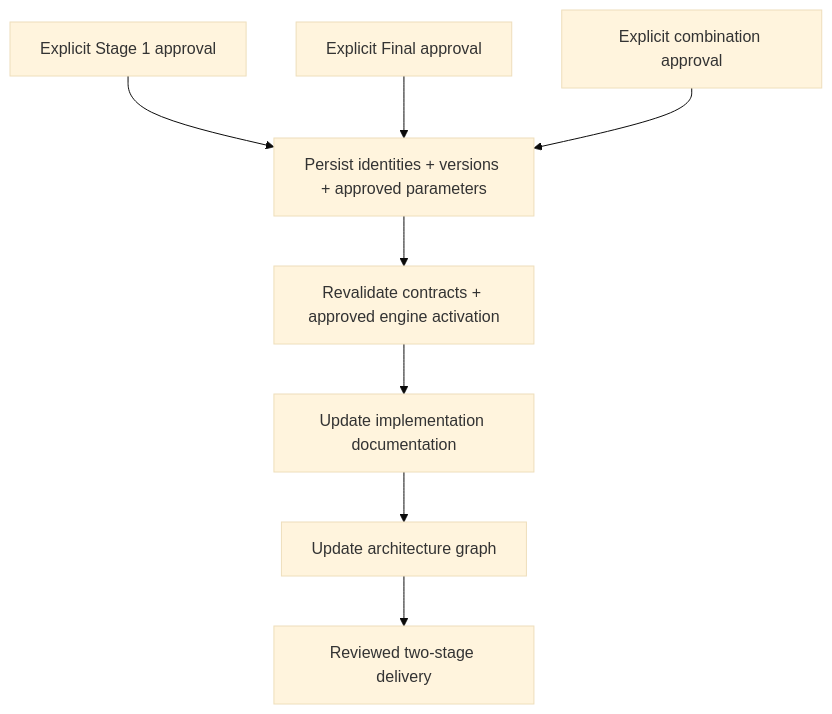
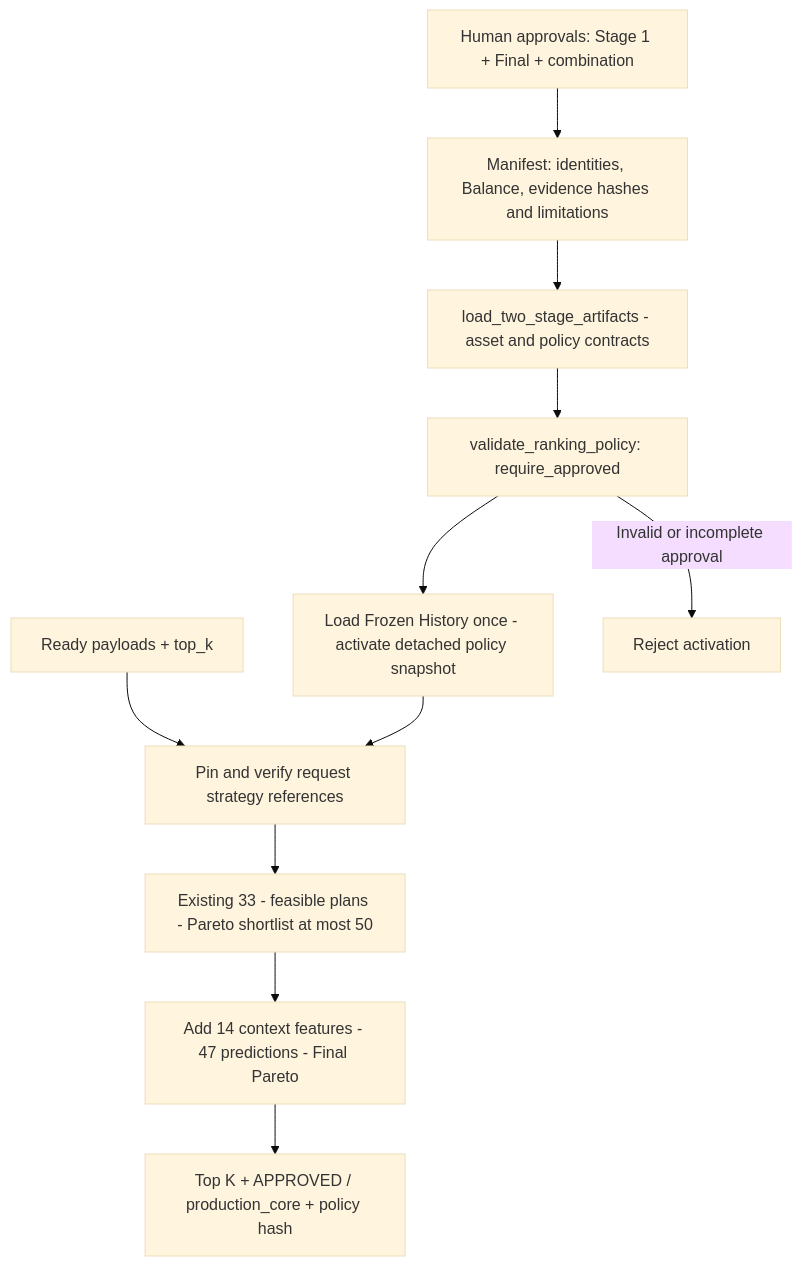
One commit to ShrkoXIII/Academic_Advisor_Simple changed the diagram in plan_explanation/PHASE_07_MANIFEST_POLICIES_REVALIDATION.md. Above: the diagram before and after it, drawn with Mermaid (base theme). The commit also changed other lines of this file and 137 other files, not shown here.

````diff
--- a/plan_explanation/PHASE_07_MANIFEST_POLICIES_REVALIDATION.md
+++ b/plan_explanation/PHASE_07_MANIFEST_POLICIES_REVALIDATION.md
@@ -62,10 +68,13 @@
 ```mermaid
 flowchart TD
-    A["Explicit Stage 1 approval"] --> M["Persist identities + versions + approved parameters"]
-    B["Explicit Final approval"] --> M
-    C["Explicit combination approval"] --> M
-    M --> V["Revalidate contracts + approved engine activation"]
-    V --> D["Update implementation documentation"]
-    D --> G["Update architecture graph"]
-    G --> H["Reviewed two-stage delivery"]
+    H["Human approvals: Stage 1 + Final + combination"] --> M["Manifest: identities, Balance, evidence hashes and limitations"]
+    M --> A["load_two_stage_artifacts - asset and policy contracts"]
+    A --> V["validate_ranking_policy: require_approved"]
+    V --> L["Load Frozen History once - activate detached policy snapshot"]
+    I["Ready payloads + top_k"] --> P["Pin and verify request strategy references"]
+    L --> P
+    P --> R["Existing 33 - feasible plans - Pareto shortlist at most 50"]
+    R --> S["Add 14 context features - 47 predictions - Final Pareto"]
+    S --> O["Top K + APPROVED / production_core + policy hash"]
+    V -->|"Invalid or incomplete approval"| E["Reject activation"]
 ```
````
